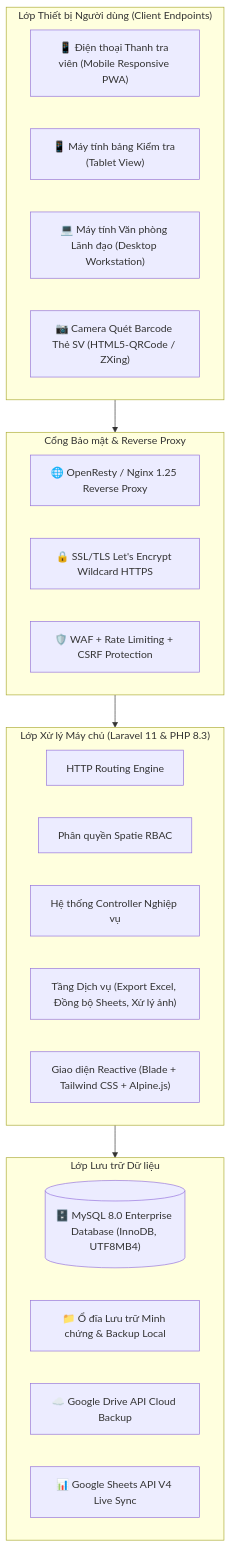
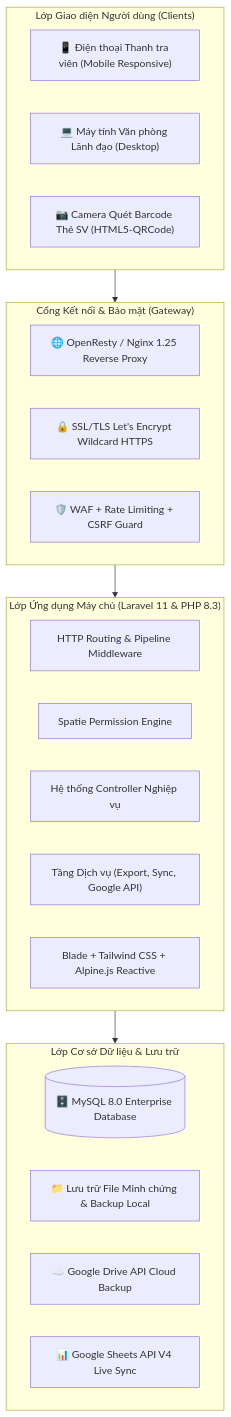
One commit to AZScience/ktnb-app changed the diagram in TAI_LIEU_TOAN_DIEN_UNG_DUNG_KTNB.md. Above: the diagram before and after it, drawn with Mermaid. The commit also changed other lines of this file and 1 other file, not shown here.

````diff
--- a/TAI_LIEU_TOAN_DIEN_UNG_DUNG_KTNB.md
+++ b/TAI_LIEU_TOAN_DIEN_UNG_DUNG_KTNB.md
@@ -140,34 +119,33 @@
 ```mermaid
 flowchart TD
-    subgraph ClientLayer["Lớp Thiết bị Người dùng (Client Endpoints)"]
-        Mobile["📱 Điện thoại Thanh tra viên (Mobile Responsive PWA)"]
-        Tablet["📱 Máy tính bảng Kiểm tra (Tablet View)"]
-        Desktop["💻 Máy tính Văn phòng Lãnh đạo (Desktop Workstation)"]
-        Scanner["📷 Camera Quét Barcode Thẻ SV (HTML5-QRCode / ZXing)"]
+    subgraph Client["Lớp Giao diện Người dùng (Clients)"]
+        MobileApp["📱 Điện thoại Thanh tra viên (Mobile Responsive)"]
+        Workstation["💻 Máy tính Văn phòng Lãnh đạo (Desktop)"]
+        BarcodeCam["📷 Camera Quét Barcode Thẻ SV (HTML5-QRCode)"]
     end
 
-    subgraph SecurityLayer["Cổng Bảo mật & Reverse Proxy"]
+    subgraph Gateway["Cổng Kết nối & Bảo mật (Gateway)"]
         Nginx["🌐 OpenResty / Nginx 1.25 Reverse Proxy"]
         SSL["🔒 SSL/TLS Let's Encrypt Wildcard HTTPS"]
-        Firewall["🛡️ WAF + Rate Limiting + CSRF Protection"]
+        Firewall["🛡️ WAF + Rate Limiting + CSRF Guard"]
     end
 
-    subgraph AppLayer["Lớp Xử lý Máy chủ (Laravel 11 & PHP 8.3)"]
-        Router["HTTP Routing Engine"]
-        RBAC["Phân quyền Spatie RBAC"]
+    subgraph App["Lớp Ứng dụng Máy chủ (Laravel 11 & PHP 8.3)"]
+        Routing["HTTP Routing & Pipeline Middleware"]
+        RBAC["Spatie Permission Engine"]
         Controllers["Hệ thống Controller Nghiệp vụ"]
-        Services["Tầng Dịch vụ (Export Excel, Đồng bộ Sheets, Xử lý ảnh)"]
-        BladeEngine["Giao diện Reactive (Blade + Tailwind CSS + Alpine.js)"]
+        Services["Tầng Dịch vụ (Export, Sync, Google API)"]
+        ViewEngine["Blade + Tailwind CSS + Alpine.js Reactive"]
     end
 
-    subgraph DataLayer["Lớp Lưu trữ Dữ liệu"]
-        MySQL[("🗄️ MySQL 8.0 Enterprise Database (InnoDB, UTF8MB4)")]
-        LocalStorage["📁 Ổ đĩa Lưu trữ Minh chứng & Backup Local"]
+    subgraph Data["Lớp Cơ sở Dữ liệu & Lưu trữ"]
+        MySQL[("🗄️ MySQL 8.0 Enterprise Database")]
+        Storage["📁 Lưu trữ File Minh chứng & Backup Local"]
         GoogleDrive["☁️ Google Drive API Cloud Backup"]
         GoogleSheets["📊 Google Sheets API V4 Live Sync"]
     end
 
-    ClientLayer --> SecurityLayer
-    SecurityLayer --> AppLayer
-    AppLayer --> DataLayer
+    Client --> Gateway
+    Gateway --> App
+    App --> Data
 ```
````
